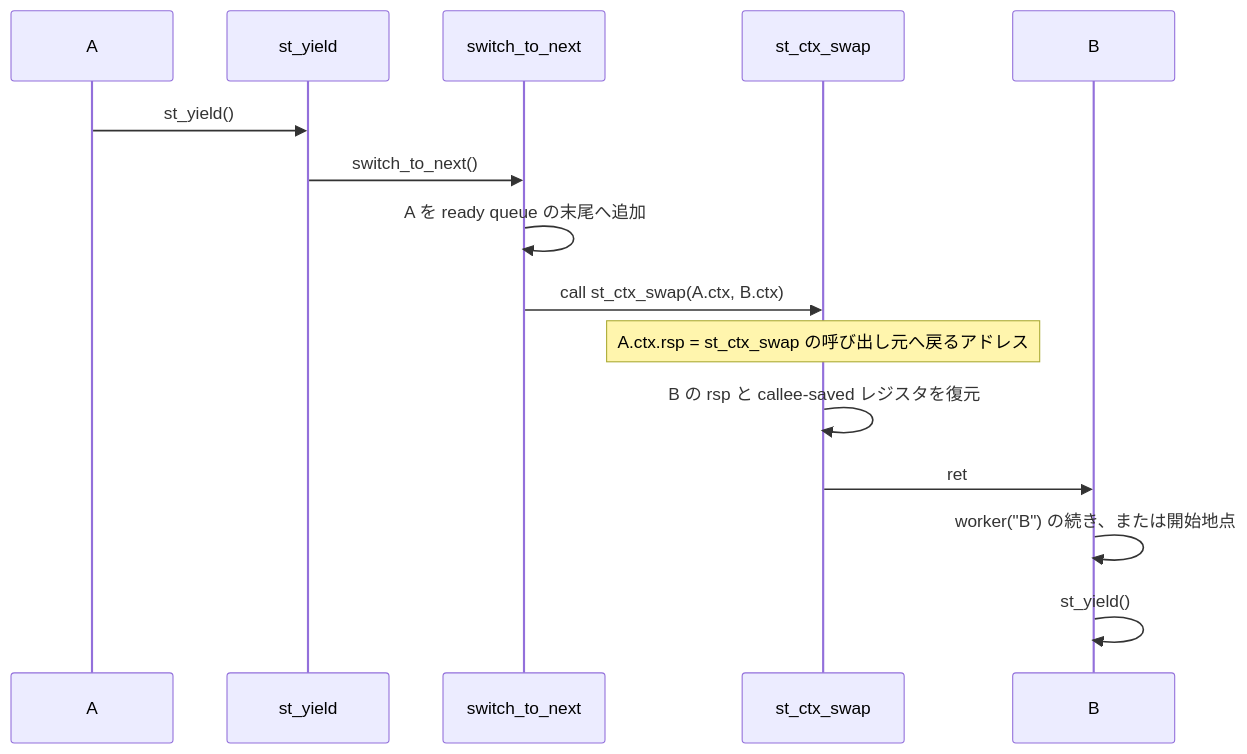
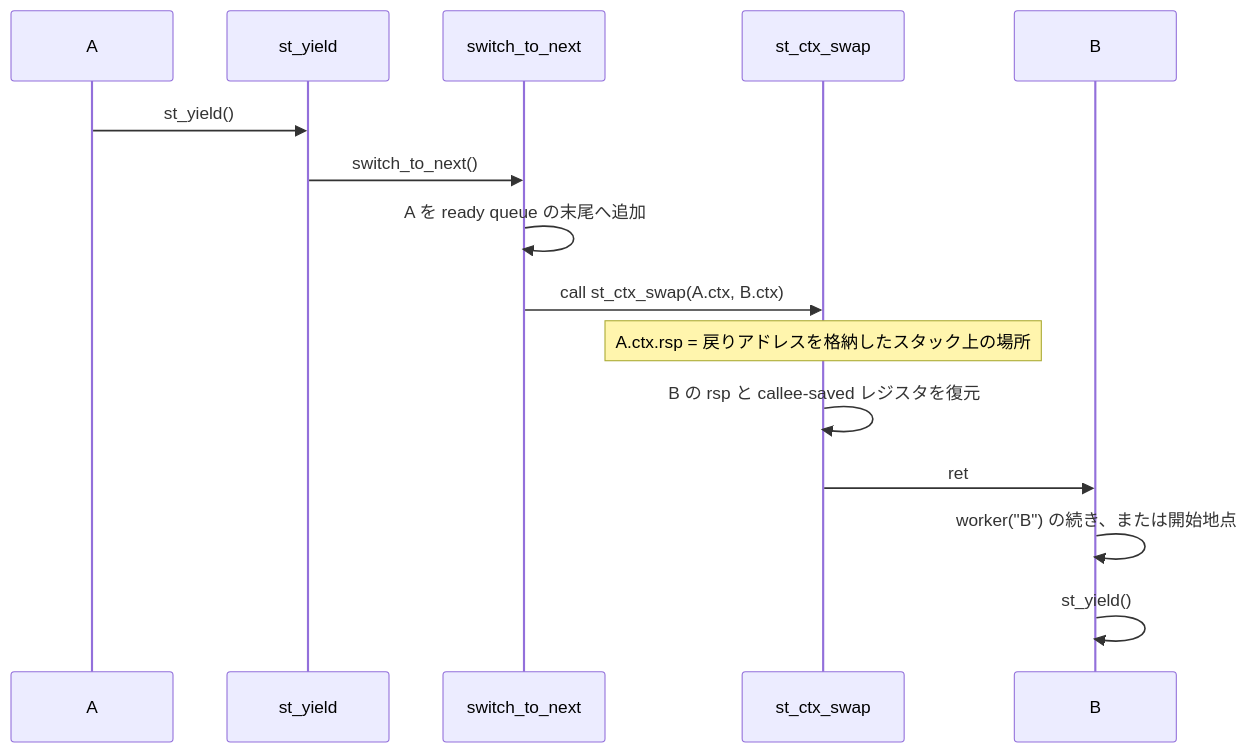
Before and after one commit to sokoide/trampoline: the second of 2 diagrams in README.md, drawn with Mermaid. The commit also changed other lines of this file and 3 other files, not shown here.

````diff
--- a/README.md
+++ b/README.md
@@ -239,18 +251,18 @@
 ```mermaid
 sequenceDiagram
     participant A as A
     participant Y as st_yield
     participant S as switch_to_next
     participant X as st_ctx_swap
     participant B as B
 
     A->>Y: st_yield()
     Y->>S: switch_to_next()
     S->>S: A を ready queue の末尾へ追加
     S->>X: call st_ctx_swap(A.ctx, B.ctx)
-    Note over X: A.ctx.rsp = st_ctx_swap の呼び出し元へ戻るアドレス
+    Note over X: A.ctx.rsp = 戻りアドレスを格納したスタック上の場所
     X->>X: B の rsp と callee-saved レジスタを復元
     X->>B: ret
     B->>B: worker("B") の続き、または開始地点
     B->>B: st_yield()
 ```
````
